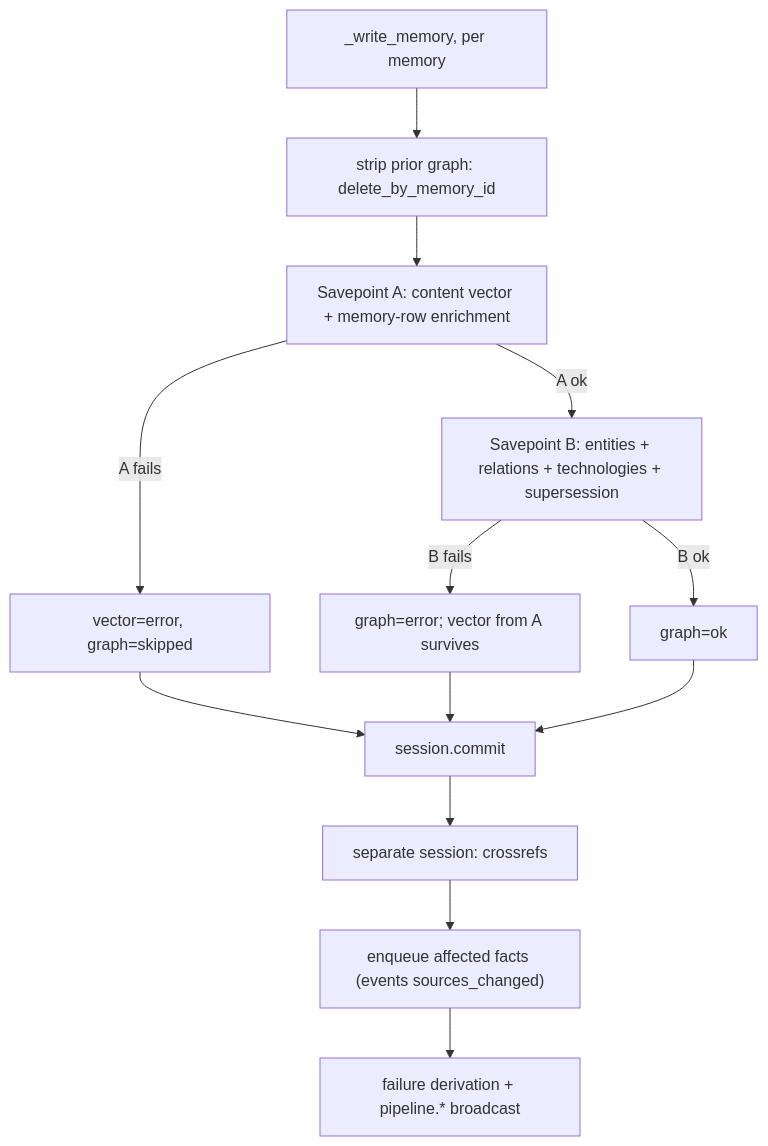
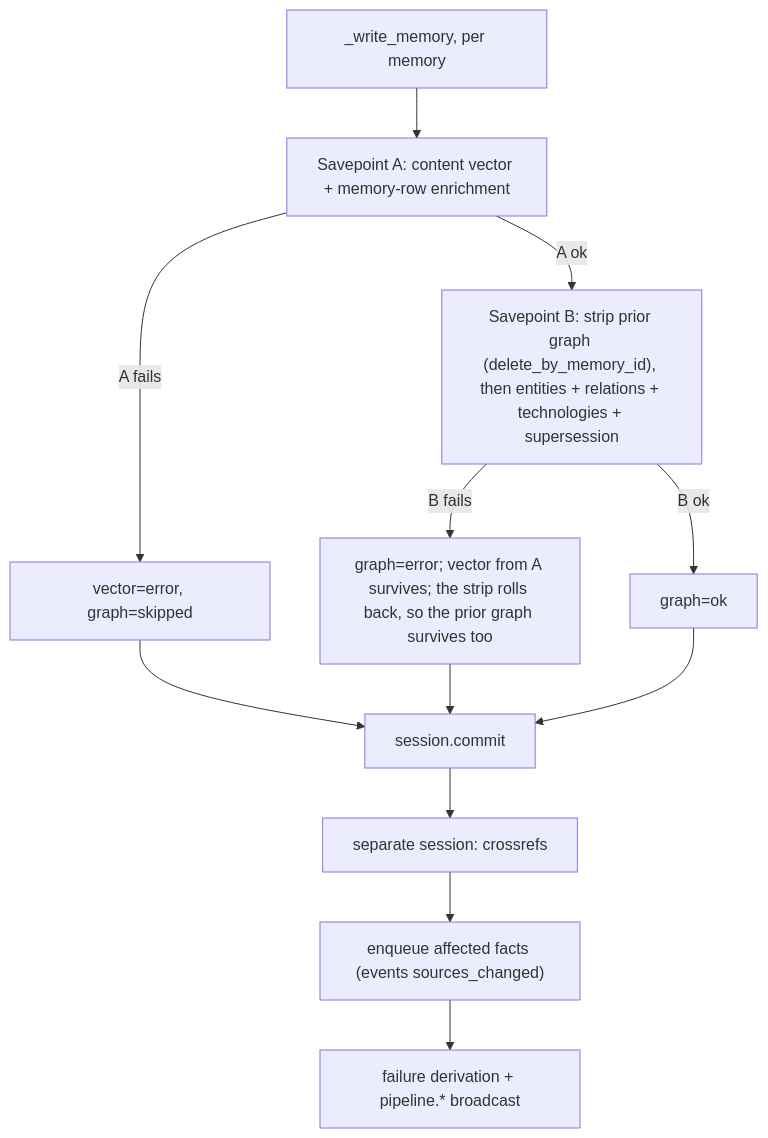
The seventh of 8 diagrams in docs/design/05-ingestion-pipeline.md (darkraise/darkmem), drawn with Mermaid before and after one commit. The commit also changed other lines of this file and 2 other files, not shown here.

Commit message:
fix(pipeline): make strip-and-write one atomic replace
The graph strip ran in the outer transaction, ahead of both savepoints,
which is the one part of the write a failed write cannot undo. The outer
commit made the deletion durable, so a savepoint-B failure left the
memory with no graph at all and a technologies denorm matching nothing on
disk — and an ordinary extraction failure, which never enters savepoint
B, silently emptied a good graph on a routine path.

Move it to savepoint B's first statement. Strip-and-write is then one
atomic replace: the graph is always exactly one extraction's output, and
a B failure leaves the previous one standing.

Drop the try/except around it in the same move. It logged a warning and
then wrote the new graph on top of the un-stripped old one, producing the
duplicate-by-type accumulation the strip exists to prevent, with a log
line as the only symptom and graph=ok on the wire. A failed strip now
fails savepoint B.

Amend doc 05 §8's flowchart, which put the strip before savepoint A and
is the erroneous artifact rather than the prose.

Task: T1.21

````diff
--- a/docs/design/05-ingestion-pipeline.md
+++ b/docs/design/05-ingestion-pipeline.md
@@ -227,15 +229,14 @@
 ```mermaid
 flowchart TD
-    W["_write_memory, per memory"] --> STRIP["strip prior graph: delete_by_memory_id"]
-    STRIP --> SA["Savepoint A: content vector + memory-row enrichment"]
+    W["_write_memory, per memory"] --> SA["Savepoint A: content vector + memory-row enrichment"]
     SA -->|A fails| AERR["vector=error, graph=skipped"]
-    SA -->|A ok| SB["Savepoint B: entities + relations + technologies + supersession"]
-    SB -->|B fails| BERR["graph=error; vector from A survives"]
+    SA -->|A ok| SB["Savepoint B: strip prior graph (delete_by_memory_id), then entities + relations + technologies + supersession"]
+    SB -->|B fails| BERR["graph=error; vector from A survives; the strip rolls back, so the prior graph survives too"]
     SB -->|B ok| GOK["graph=ok"]
     AERR --> COMMIT["session.commit"]
     BERR --> COMMIT
     GOK --> COMMIT
     COMMIT --> XREF["separate session: crossrefs"]
     XREF --> ENQ["enqueue affected facts (events sources_changed)"]
     ENQ --> DER["failure derivation + pipeline.* broadcast"]
 ```
````
